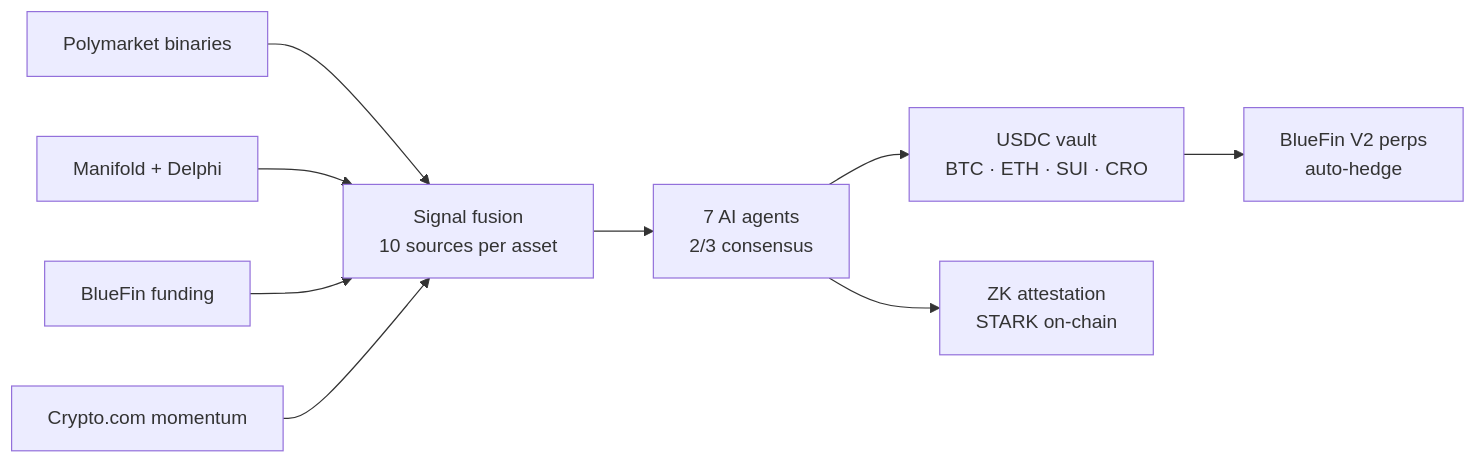
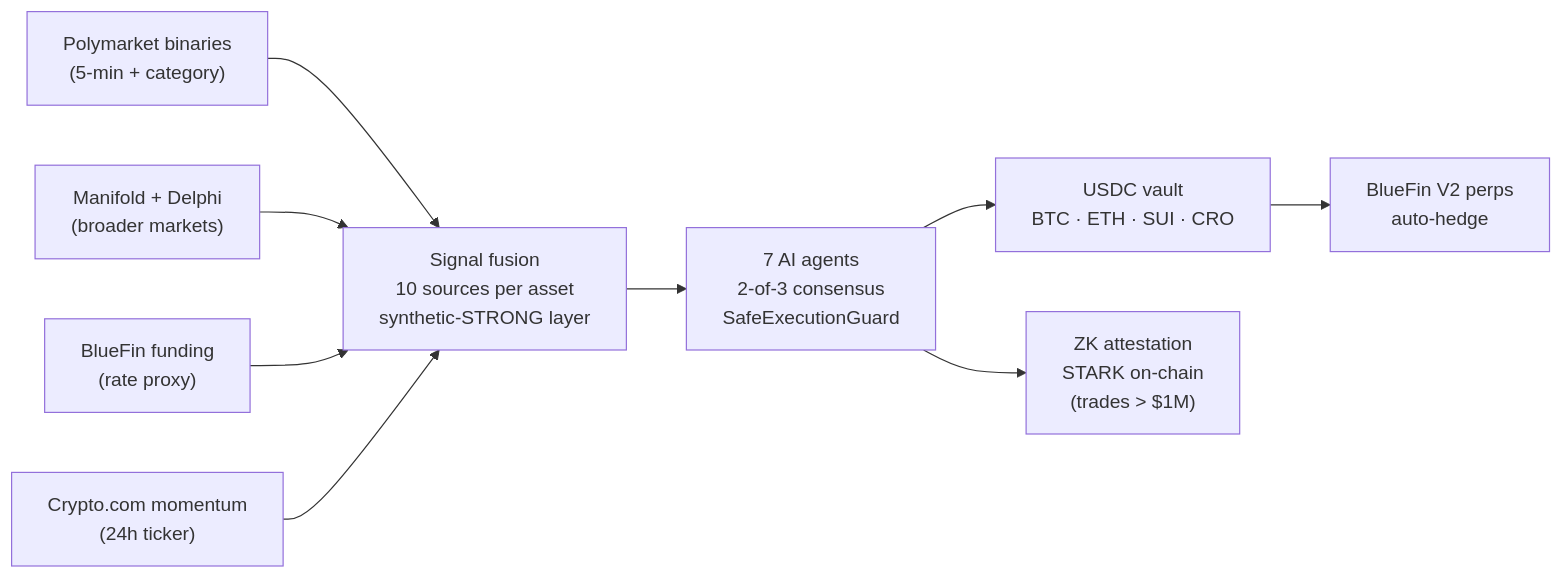
The diagram in README.md (ZkVanguard/ZkVanguard), drawn with Mermaid before and after one commit. The commit also changed other lines of this file, not shown here.

````diff
--- a/README.md
+++ b/README.md
@@ -47,11 +44,11 @@
 ```mermaid
 flowchart LR
-    PM[Polymarket binaries] --> SF
-    DP[Manifold + Delphi] --> SF
-    BF[BlueFin funding] --> SF
-    CDC[Crypto.com momentum] --> SF
-    SF[Signal fusion<br/>10 sources per asset] --> AG[7 AI agents<br/>2/3 consensus]
-    AG --> VA[USDC vault<br/>BTC · ETH · SUI · CRO]
-    VA --> PERP[BlueFin V2 perps<br/>auto-hedge]
-    AG --> ZK[ZK attestation<br/>STARK on-chain]
+    PM["Polymarket binaries<br/>(5-min + category)"] --> SF
+    DP["Manifold + Delphi<br/>(broader markets)"] --> SF
+    BF["BlueFin funding<br/>(rate proxy)"] --> SF
+    CDC["Crypto.com momentum<br/>(24h ticker)"] --> SF
+    SF["Signal fusion<br/>10 sources per asset<br/>synthetic-STRONG layer"] --> AG
+    AG["7 AI agents<br/>2-of-3 consensus<br/>SafeExecutionGuard"] --> VA
+    AG --> ZK["ZK attestation<br/>STARK on-chain<br/>(trades > $1M)"]
+    VA["USDC vault<br/>BTC · ETH · SUI · CRO"] --> PERP["BlueFin V2 perps<br/>auto-hedge"]
 ```
````
